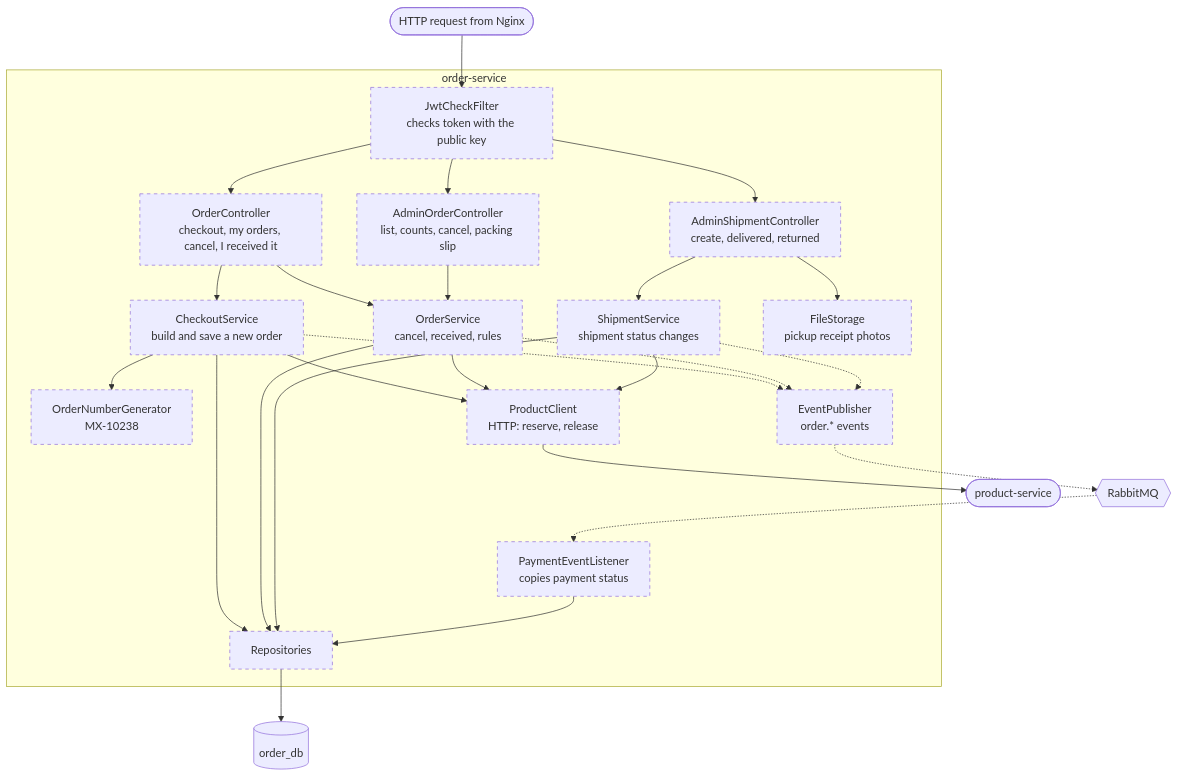
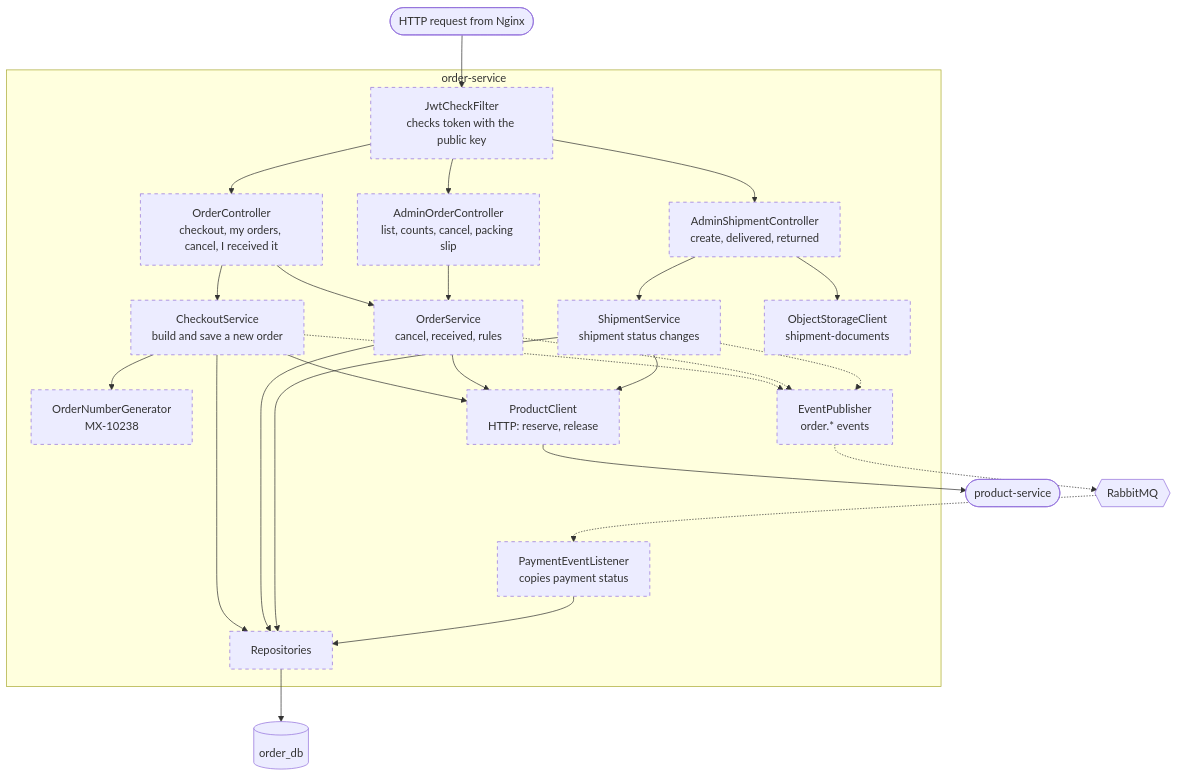
Before and after one commit to MotoXpress-wicky/infrastructure: the diagram in docs/mvp/05-components/order-service.md, drawn with Mermaid. The commit also changed other lines of this file and 17 other files, not shown here.

First line of the commit message:
docs(mvp): update design for environments, object storage and CI/CD

````diff
--- a/docs/mvp/05-components/order-service.md
+++ b/docs/mvp/05-components/order-service.md
@@ -6,56 +6,56 @@
 ```mermaid
 flowchart TB
     req([HTTP request from Nginx])
 
     subgraph svc [order-service]
         jwtf["JwtCheckFilter<br/>checks token with the public key"]
         orderc["OrderController<br/>checkout, my orders, cancel, I received it"]
         adminc["AdminOrderController<br/>list, counts, cancel, packing slip"]
         shipc["AdminShipmentController<br/>create, delivered, returned"]
 
         checkout["CheckoutService<br/>build and save a new order"]
         ordersvc["OrderService<br/>cancel, received, rules"]
         shipsvc["ShipmentService<br/>shipment status changes"]
         numgen["OrderNumberGenerator<br/>MX-10238"]
         prodcli["ProductClient<br/>HTTP: reserve, release"]
         listener["PaymentEventListener<br/>copies payment status"]
         pub["EventPublisher<br/>order.* events"]
-        files["FileStorage<br/>pickup receipt photos"]
+        files["ObjectStorageClient<br/>shipment-documents"]
         repo["Repositories"]
     end
 
     product(["product-service"])
     db[("order_db")]
     broker{{"RabbitMQ"}}
 
     req --> jwtf
     jwtf --> orderc
     jwtf --> adminc
     jwtf --> shipc
 
     orderc --> checkout
     orderc --> ordersvc
     adminc --> ordersvc
     shipc --> shipsvc
     shipc --> files
     checkout --> numgen
     checkout --> prodcli
     ordersvc --> prodcli
     shipsvc --> prodcli
     prodcli --> product
 
     broker -.-> listener
     checkout -.-> pub
     ordersvc -.-> pub
     shipsvc -.-> pub
     pub -.-> broker
 
     checkout --> repo
     ordersvc --> repo
     shipsvc --> repo
     listener --> repo
     repo --> db
 
     classDef planned stroke-dasharray: 5 5
     class jwtf,orderc,adminc,shipc,checkout,ordersvc,shipsvc,numgen,prodcli,listener,pub,files,repo planned
 ```
````
